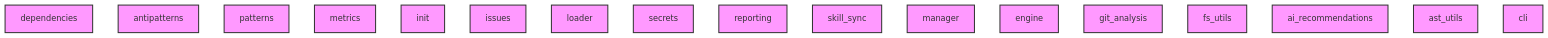
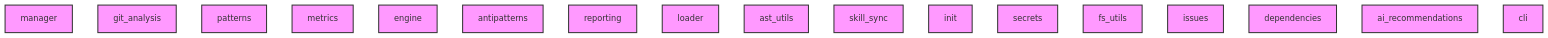
The diagram in AI_CONTEXT.md (geociencio/ai-context-core), drawn with Mermaid before and after one commit. The commit also changed other lines of this file and 22 other files, not shown here.

````diff
--- a/AI_CONTEXT.md
+++ b/AI_CONTEXT.md
@@ -120,38 +120,38 @@
 ```mermaid
 graph TD
     classDef module fill:#f9f,stroke:#333,stroke-width:2px;
-    dependencies
-    class dependencies module;
-    antipatterns
-    class antipatterns module;
+    manager
+    class manager module;
+    git_analysis
+    class git_analysis module;
     patterns
     class patterns module;
     metrics
     class metrics module;
+    engine
+    class engine module;
+    antipatterns
+    class antipatterns module;
+    reporting
+    class reporting module;
+    loader
+    class loader module;
+    ast_utils
+    class ast_utils module;
+    skill_sync
+    class skill_sync module;
     init
     class init module;
+    secrets
+    class secrets module;
+    fs_utils
+    class fs_utils module;
     issues
     class issues module;
-    loader
-    class loader module;
-    secrets
-    class secrets module;
-    reporting
-    class reporting module;
-    skill_sync
-    class skill_sync module;
-    manager
-    class manager module;
-    engine
-    class engine module;
-    git_analysis
-    class git_analysis module;
-    fs_utils
-    class fs_utils module;
+    dependencies
+    class dependencies module;
     ai_recommendations
     class ai_recommendations module;
-    ast_utils
-    class ast_utils module;
     cli
     class cli module;
 ```
````
